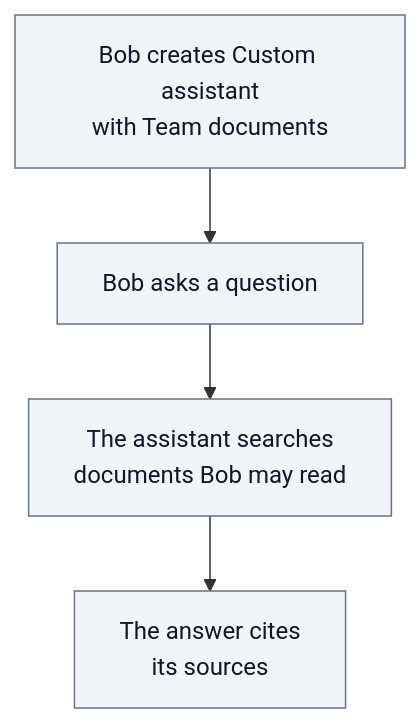
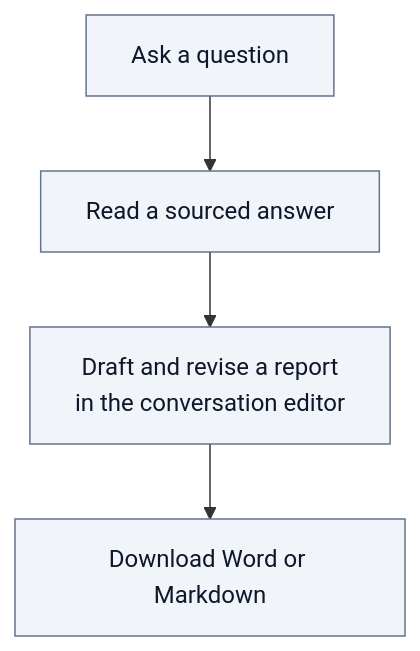
One commit to ThalesGroup/fred changed the second of 2 diagrams in docs/architecture/02.3-agent-administration.md. Above: the diagram before and after it, drawn with Mermaid. The commit also changed other lines of this file and 5 other files, not shown here.

````diff
--- a/docs/architecture/02.3-agent-administration.md
+++ b/docs/architecture/02.3-agent-administration.md
@@ -110,9 +54,9 @@
 ```mermaid
 flowchart TB
-    create["Bob creates Custom assistant<br/>with Team documents"] --> ask["Bob asks a question"]
-    ask --> search["The assistant searches<br/>documents Bob may read"]
-    search --> answer["The answer cites<br/>its sources"]
+    ask["Ask a question"] --> answer["Read a sourced answer"]
+    answer --> revise["Draft and revise a report<br/>in the conversation editor"]
+    revise --> export["Download Word or Markdown"]
 
     classDef neutral fill:#F1F5F9,stroke:#64748B,color:#0F172A
-    class create,ask,search,answer neutral
+    class ask,answer,revise,export neutral
 ```
````
